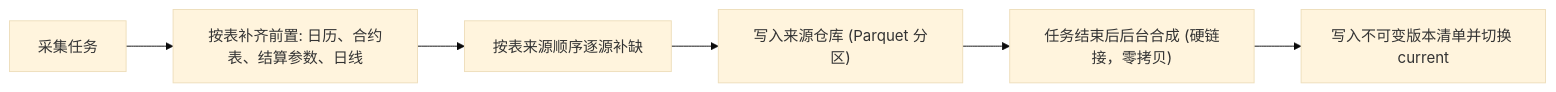
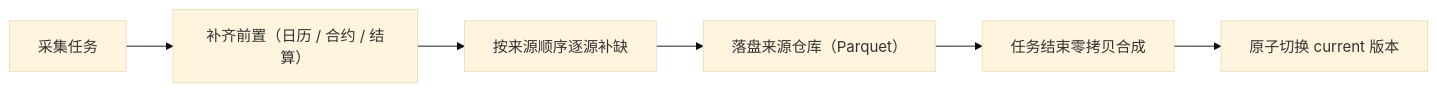
Before and after one commit to isqiwen/asterion-terminal: the second of 3 diagrams in docs/warehouse/README.md, drawn with Mermaid (base theme). The commit also changed other lines of this file and 1 other file, not shown here.

Commit message:
docs: streamline warehouse and trading docs with diagrams and structured tables

````diff
--- a/docs/warehouse/README.md
+++ b/docs/warehouse/README.md
@@ -73,8 +72,8 @@
 ```mermaid
 flowchart LR
-  Task["采集任务"] --> Prereq["按表补齐前置: 日历、合约表、结算参数、日线"]
-  Prereq --> Fetch["按表来源顺序逐源补缺"]
-  Fetch --> Src["写入来源仓库 (Parquet 分区)"]
-  Src --> Compose["任务结束后后台合成 (硬链接，零拷贝)"]
-  Compose --> Publish["写入不可变版本清单并切换 current"]
+  Task["采集任务"] --> Prereq["补齐前置（日历 / 合约 / 结算）"]
+  Prereq --> Fetch["按来源顺序逐源补缺"]
+  Fetch --> Src["落盘来源仓库（Parquet）"]
+  Src --> Compose["任务结束零拷贝合成"]
+  Compose --> Publish["原子切换 current 版本"]
 ```
````
